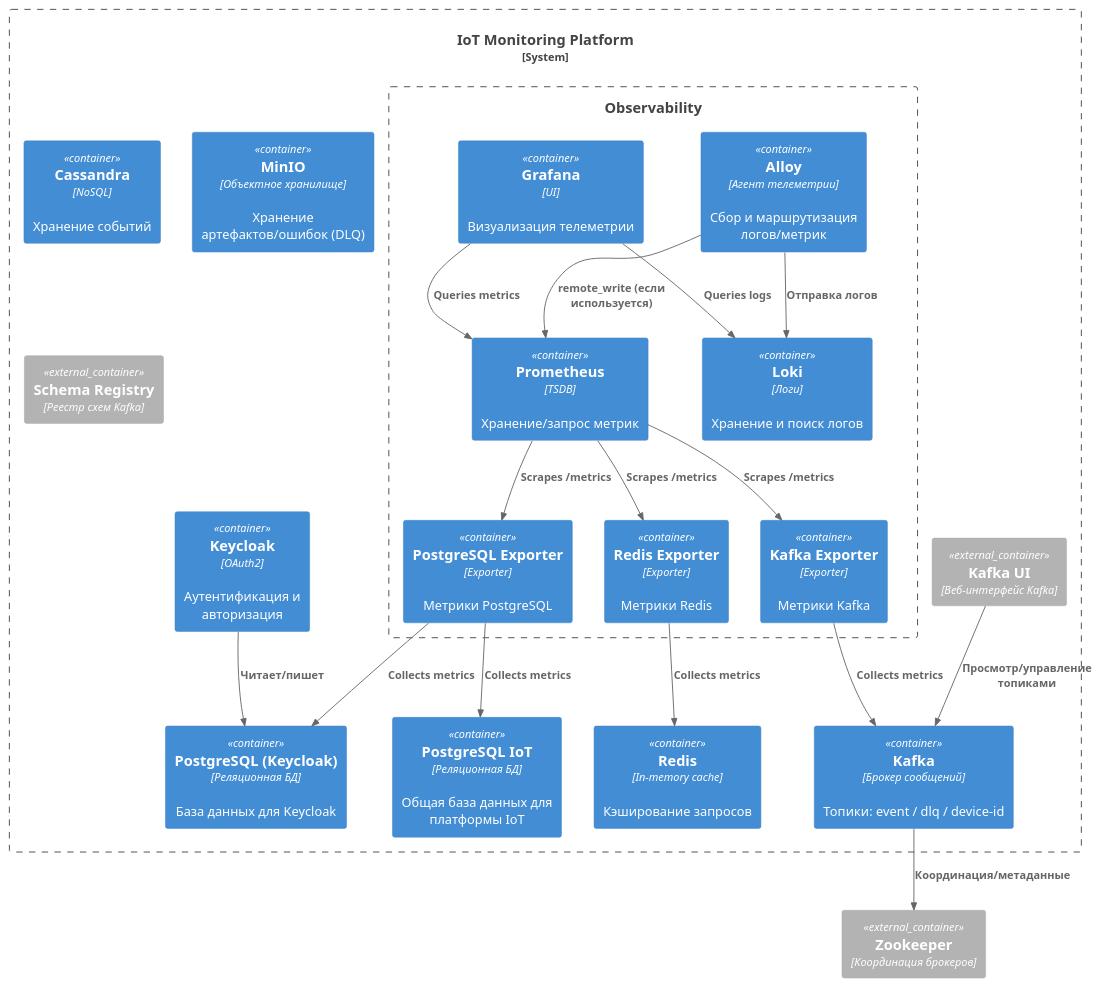
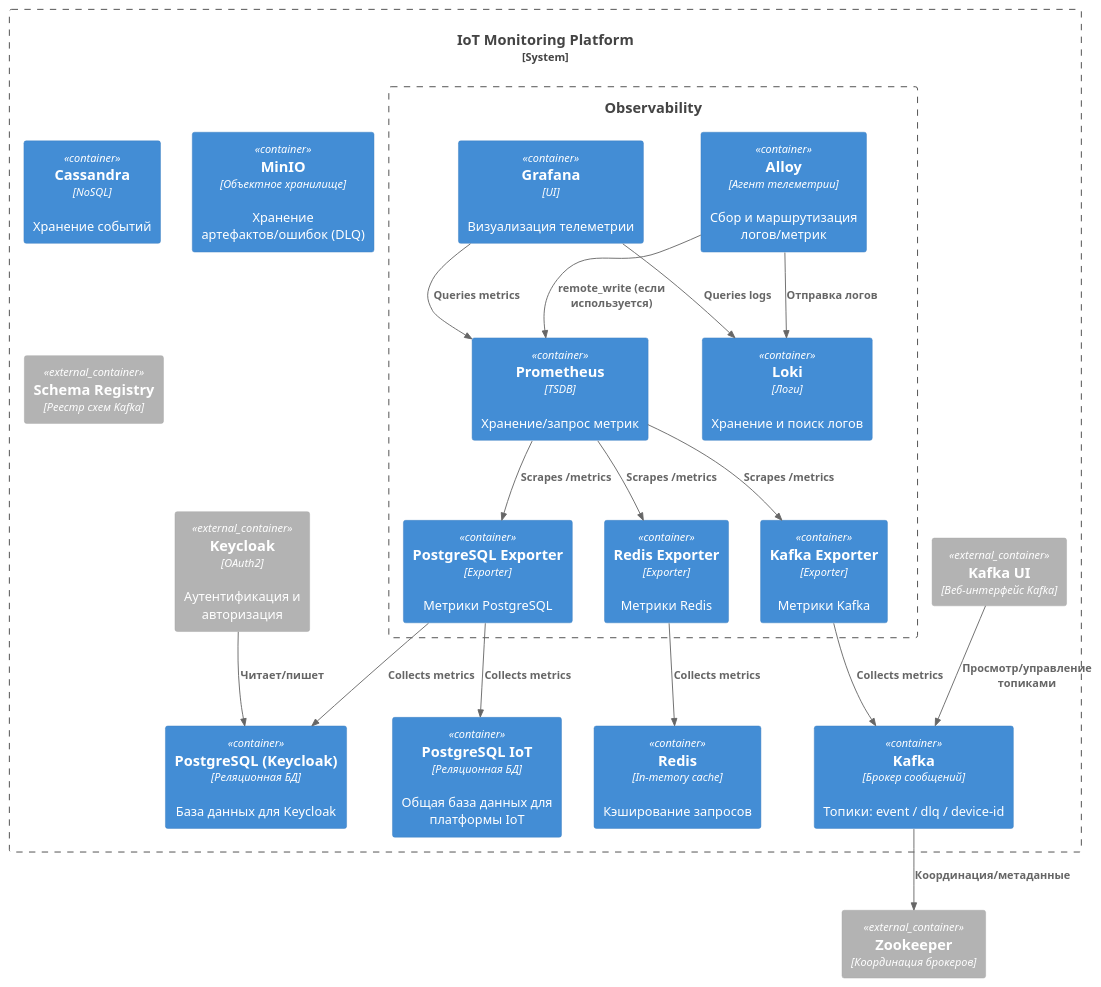
Before and after one commit to Ussopmm/iot-platform: the diagram in diagrams/containers.puml, drawn with PlantUML. The commit also changed 2 other files, not shown here.

Commit message:
Module 1. Completed container diagram, makefile and docker compose and added env-example file

```diff
--- a/diagrams/containers.puml
+++ b/diagrams/containers.puml
@@ -2,50 +2,50 @@
 @startuml
 !includeurl https://raw.githubusercontent.com/plantuml-stdlib/C4-PlantUML/master/C4_Container.puml
 
 System_Boundary(platform, "IoT Monitoring Platform") {
-    Container(keycloak, "Keycloak", "OAuth2", "Аутентификация и авторизация")
     Container(postgresql_keycloak, "PostgreSQL (Keycloak)", "Реляционная БД", "База данных для Keycloak")
     Container(postgresql_iot, "PostgreSQL IoT", "Реляционная БД", "Общая база данных для платформы IoT")
     Container(redis, "Redis", "In-memory cache", "Кэширование запросов")
     Container(cassandra_cluster, "Cassandra", "NoSQL", "Хранение событий")
     Container(kafka_cluster, "Kafka", "Брокер сообщений", "Топики: event / dlq / device-id")
     Container(minio, "MinIO", "Объектное хранилище", "Хранение артефактов/ошибок (DLQ)")
 
+    Container_Ext(keycloak, "Keycloak", "OAuth2", "Аутентификация и авторизация")
     Container_Ext(schema_registry, "Schema Registry", "Реестр схем Kafka")
     Container_Ext(kafka_ui, "Kafka UI", "Веб-интерфейс Kafka")
 
     Boundary(obs, "Observability") {
         Container(alloy, "Alloy", "Агент телеметрии", "Сбор и маршрутизация логов/метрик")
         Container(prometheus, "Prometheus", "TSDB", "Хранение/запрос метрик")
         Container(loki, "Loki", "Логи", "Хранение и поиск логов")
         Container(grafana, "Grafana", "UI", "Визуализация телеметрии")
 
         Container(redis_exporter, "Redis Exporter", "Exporter", "Метрики Redis")
         Container(kafka_exporter, "Kafka Exporter", "Exporter", "Метрики Kafka")
         Container(postgres_exporter, "PostgreSQL Exporter", "Exporter", "Метрики PostgreSQL")
     }
 }
+Container_Ext(zookeeper, "Zookeeper", "Координация брокеров")
+
 
 Rel(keycloak, postgresql_keycloak, "Читает/пишет")
-
-Container_Ext(zookeeper, "Zookeeper", "Координация брокеров")
 Rel(kafka_cluster, zookeeper, "Координация/метаданные")
 
 Rel(redis_exporter, redis, "Collects metrics")
 Rel(kafka_exporter, kafka_cluster, "Collects metrics")
 Rel(postgres_exporter, postgresql_iot, "Collects metrics")
 Rel(postgres_exporter, postgresql_keycloak, "Collects metrics")
 
 Rel(prometheus, redis_exporter, "Scrapes /metrics")
 Rel(prometheus, kafka_exporter, "Scrapes /metrics")
 Rel(prometheus, postgres_exporter, "Scrapes /metrics")
 
 Rel(grafana, prometheus, "Queries metrics")
 Rel(grafana, loki, "Queries logs")
 
 Rel(alloy, loki, "Отправка логов")
 Rel(alloy, prometheus, "remote_write (если используется)")
 
 Rel(kafka_ui, kafka_cluster, "Просмотр/управление топиками")
 
 @enduml
```
